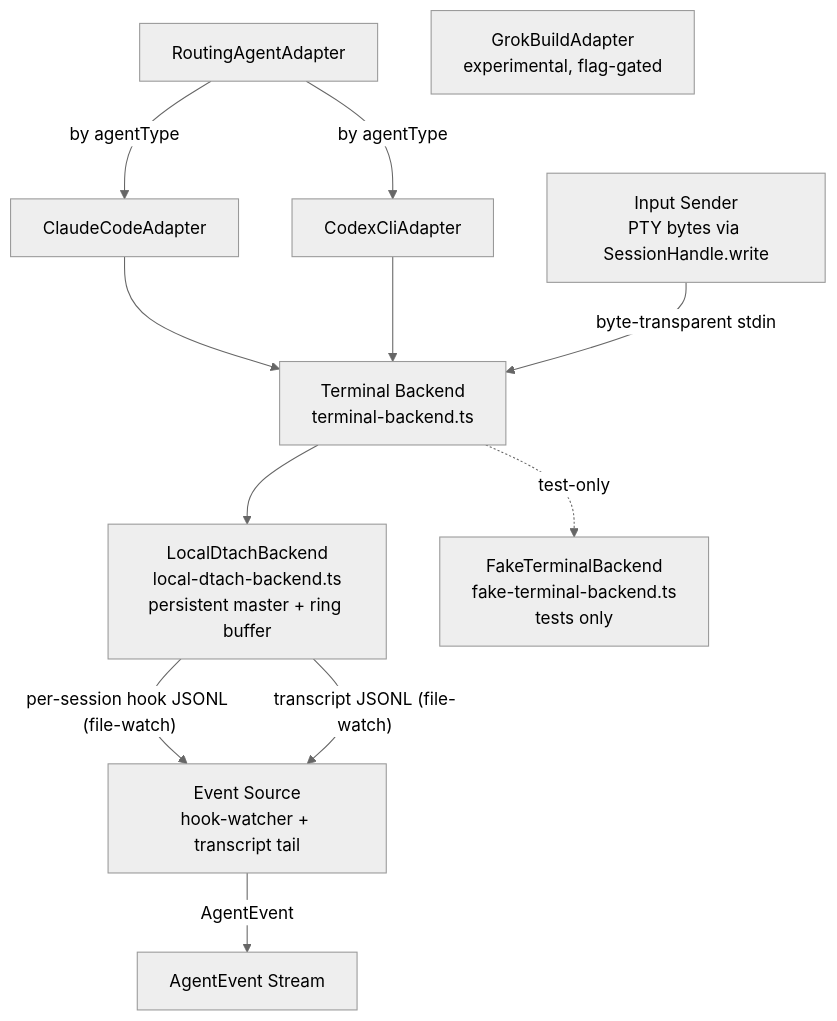
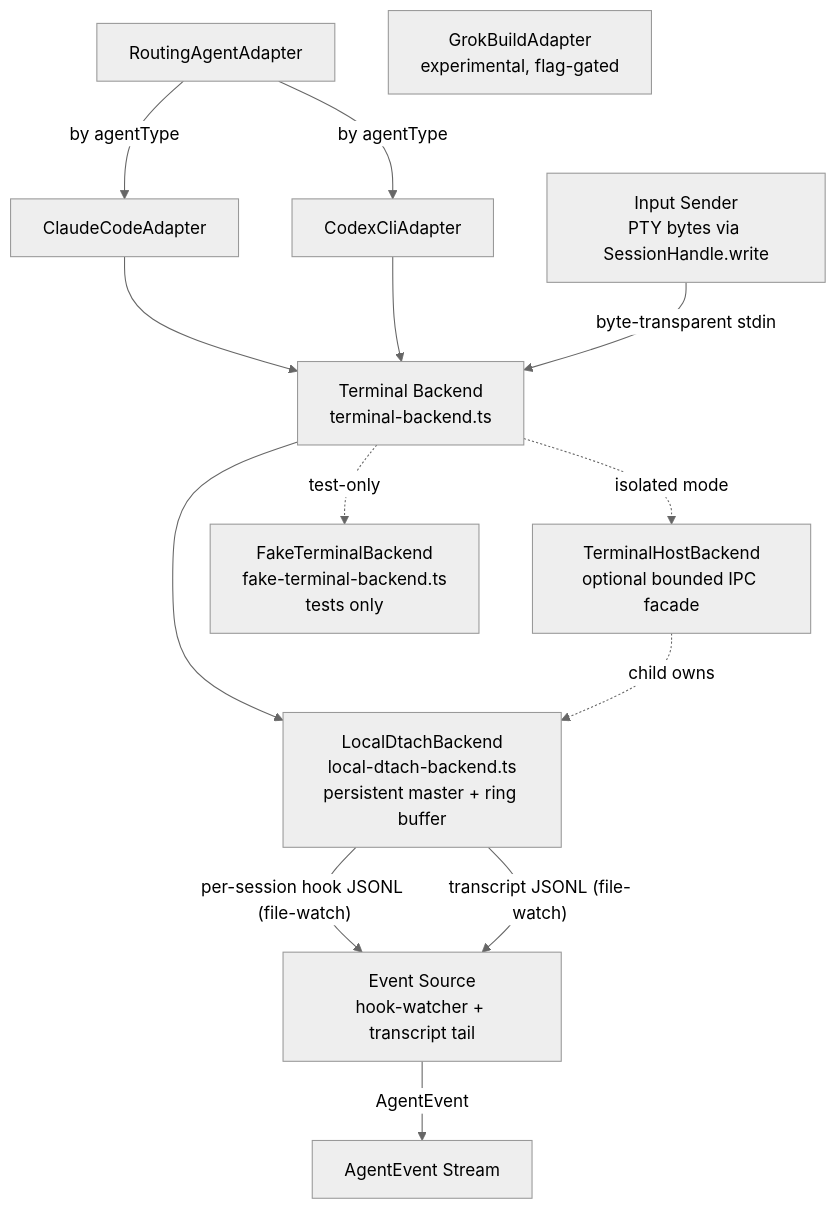
One commit to kookr-ai/kookr changed the diagram in docs/system-models/subsystems/agent-adapter/01-component-view.md. Above: the diagram before and after it, drawn with Mermaid (neutral theme). The commit also changed other lines of this file and 112 other files, not shown here.

````diff
--- a/docs/system-models/subsystems/agent-adapter/01-component-view.md
+++ b/docs/system-models/subsystems/agent-adapter/01-component-view.md
@@ -9,24 +9,27 @@
 ```mermaid
 flowchart TD
   Router[RoutingAgentAdapter]
   CCAdapter[ClaudeCodeAdapter]
   CodexAdapter[CodexCliAdapter]
   GrokAdapter[GrokBuildAdapter<br/>experimental, flag-gated]
   Backend[Terminal Backend<br/>terminal-backend.ts]
   Dtach[LocalDtachBackend<br/>local-dtach-backend.ts<br/>persistent master + ring buffer]
+  Host[TerminalHostBackend<br/>optional bounded IPC facade]
   Fake[FakeTerminalBackend<br/>fake-terminal-backend.ts<br/>tests only]
   EventSource[Event Source<br/>hook-watcher + transcript tail]
   InputSender[Input Sender<br/>PTY bytes via SessionHandle.write]
   EventStream[AgentEvent Stream]
 
   Router -->|"by agentType"| CCAdapter
   Router -->|"by agentType"| CodexAdapter
   CCAdapter --> Backend
   CodexAdapter --> Backend
   Backend --> Dtach
+  Backend -. isolated mode .-> Host
+  Host -. child owns .-> Dtach
   Backend -. test-only .-> Fake
   Dtach -->|"per-session hook JSONL (file-watch)"| EventSource
   Dtach -->|"transcript JSONL (file-watch)"| EventSource
   EventSource -->|"AgentEvent"| EventStream
   InputSender -->|"byte-transparent stdin"| Backend
 ```
````
